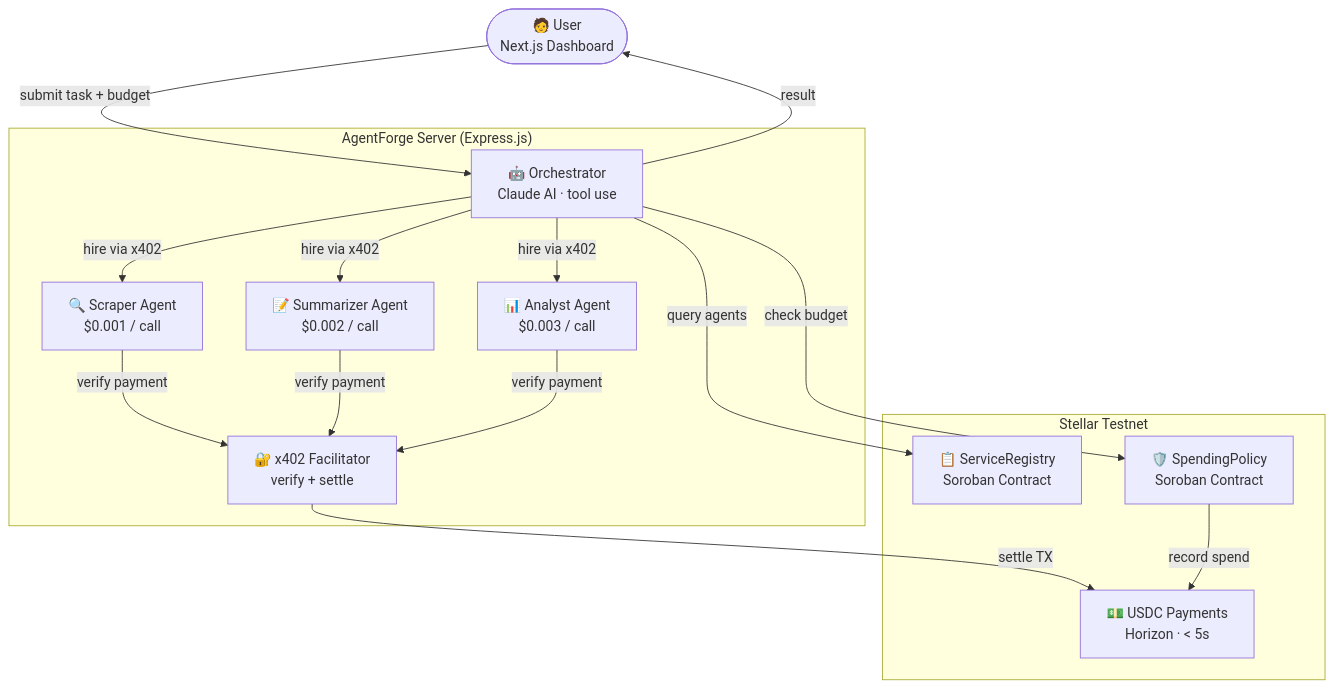
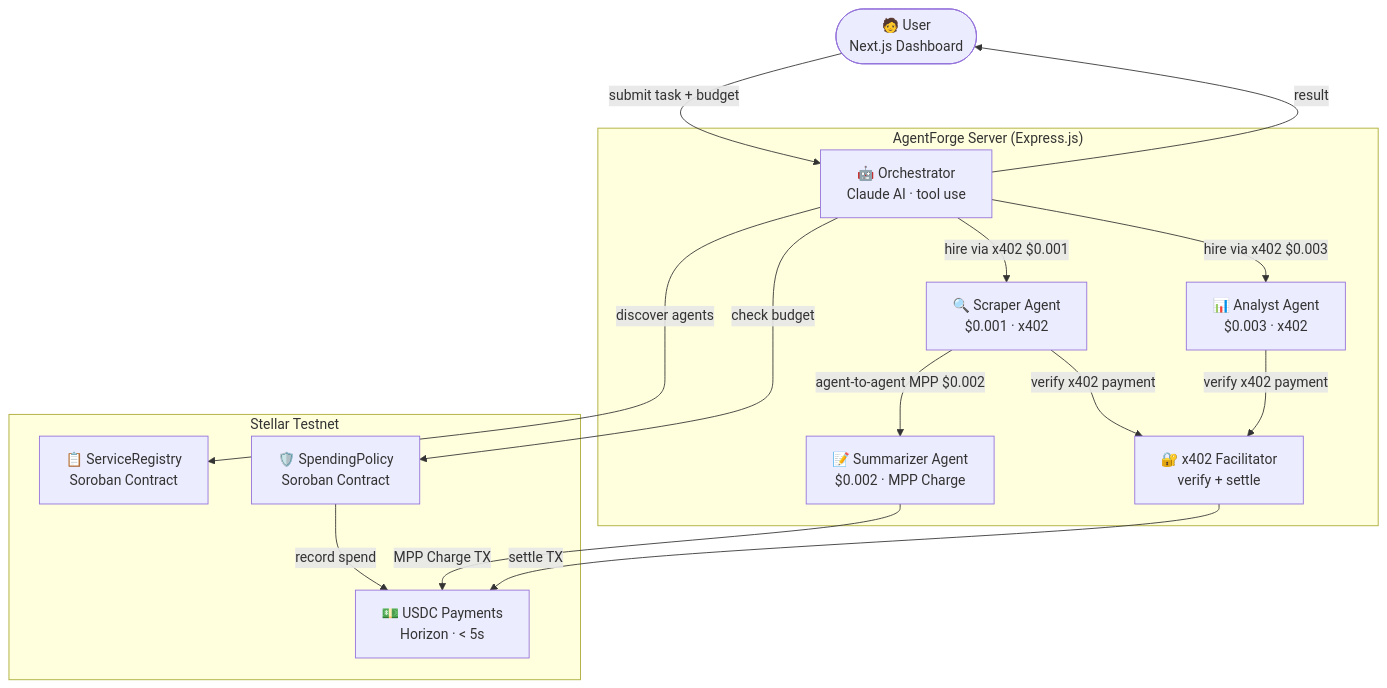
One commit to HACK3R-CRYPTO/AgentForge changed the first of 3 diagrams in README.md. Above: the diagram before and after it, drawn with Mermaid. The commit also changed other lines of this file and 3 other files, not shown here.

First line of the commit message:
docs: rewrite all READMEs to reflect current architecture

````diff
--- a/README.md
+++ b/README.md
@@ -81,31 +83,31 @@
 ```mermaid
 flowchart TD
     User(["🧑 User\nNext.js Dashboard"])
 
     subgraph Server["AgentForge Server (Express.js)"]
         Orch["🤖 Orchestrator\nClaude AI · tool use"]
-        Scraper["🔍 Scraper Agent\n$0.001 / call"]
-        Summarizer["📝 Summarizer Agent\n$0.002 / call"]
-        Analyst["📊 Analyst Agent\n$0.003 / call"]
+        Scraper["🔍 Scraper Agent\n$0.001 · x402"]
+        Summarizer["📝 Summarizer Agent\n$0.002 · MPP Charge"]
+        Analyst["📊 Analyst Agent\n$0.003 · x402"]
         Facilitator["🔐 x402 Facilitator\nverify + settle"]
     end
 
     subgraph Stellar["Stellar Testnet"]
         Registry["📋 ServiceRegistry\nSoroban Contract"]
         Policy["🛡️ SpendingPolicy\nSoroban Contract"]
         USDC["💵 USDC Payments\nHorizon · < 5s"]
     end
 
     User -->|"submit task + budget"| Orch
-    Orch -->|"query agents"| Registry
+    Orch -->|"discover agents"| Registry
     Orch -->|"check budget"| Policy
-    Orch -->|"hire via x402"| Scraper
-    Orch -->|"hire via x402"| Summarizer
-    Orch -->|"hire via x402"| Analyst
-    Scraper -->|"verify payment"| Facilitator
-    Summarizer -->|"verify payment"| Facilitator
-    Analyst -->|"verify payment"| Facilitator
+    Orch -->|"hire via x402 $0.001"| Scraper
+    Scraper -->|"agent-to-agent MPP $0.002"| Summarizer
+    Orch -->|"hire via x402 $0.003"| Analyst
+    Scraper -->|"verify x402 payment"| Facilitator
+    Analyst -->|"verify x402 payment"| Facilitator
     Facilitator -->|"settle TX"| USDC
+    Summarizer -->|"MPP Charge TX"| USDC
     Policy -->|"record spend"| USDC
     Orch -->|"result"| User
 ```
````
